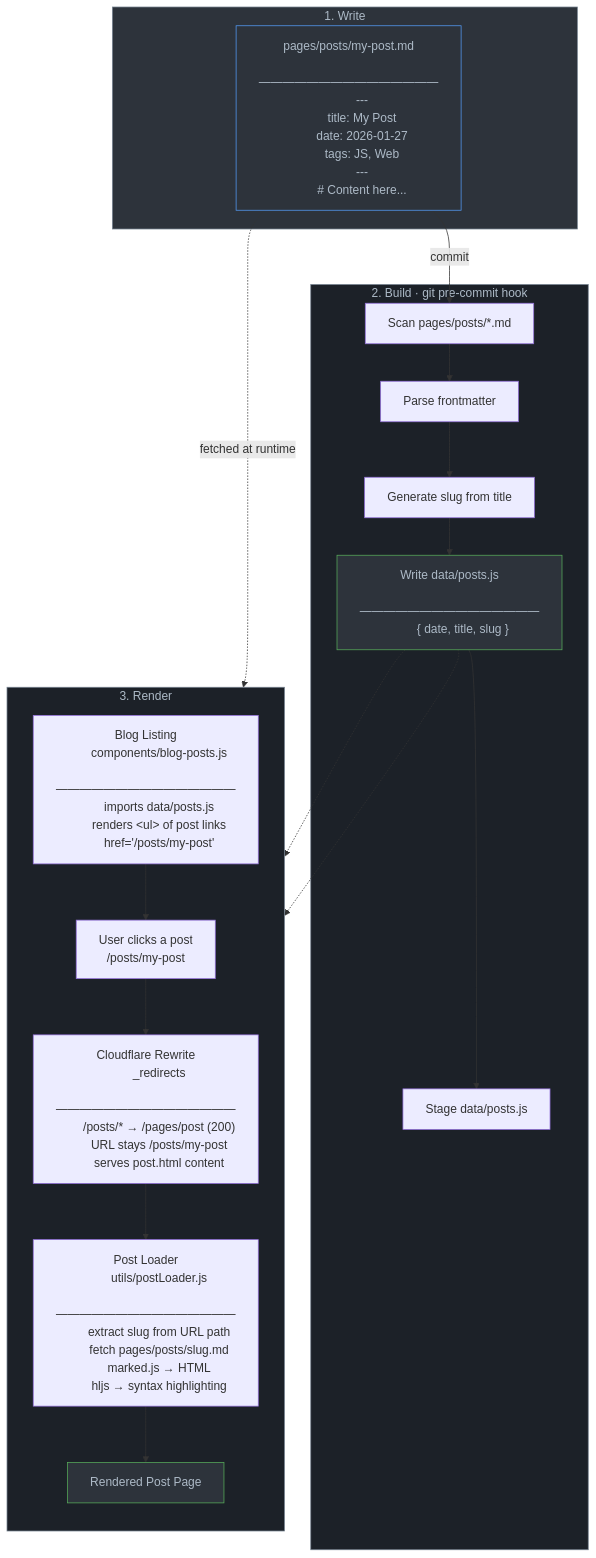
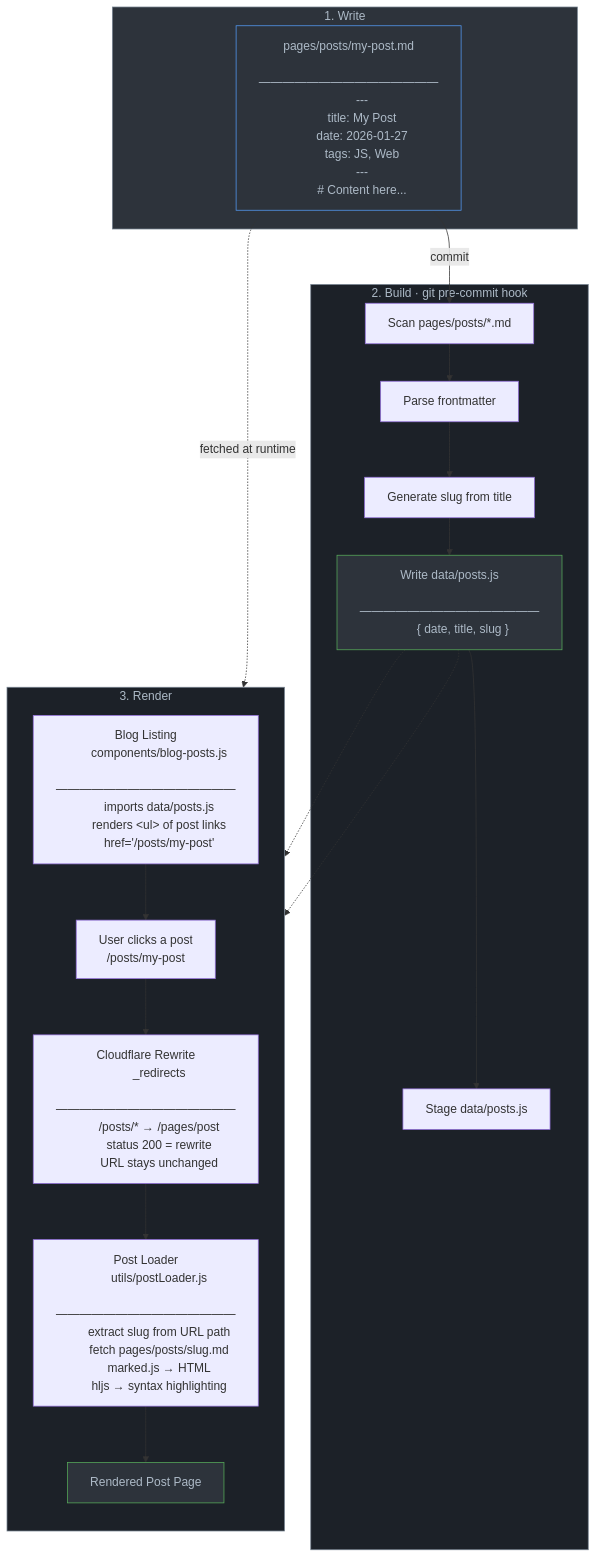
One commit to lylaminju/personal-website changed the diagram in README.md. Above: the diagram before and after it, drawn with Mermaid.

Commit message:
docs: fix mermaid text truncation in diagram

````diff
--- a/README.md
+++ b/README.md
@@ -12,68 +12,68 @@
 ```mermaid
 flowchart TB
     subgraph Write["1. Write"]
         md["pages/posts/my-post.md
         ―――――――――――――――
         ---
         title: My Post
         date: 2026-01-27
         tags: JS, Web
         ---
         # Content here..."]
     end
 
     subgraph Build["2. Build · git pre-commit hook"]
         scan[Scan pages/posts/*.md]
         parse[Parse frontmatter]
         slug[Generate slug from title]
         write["Write data/posts.js
         ―――――――――――――――
         { date, title, slug }"]
         stage[Stage data/posts.js]
         scan --> parse --> slug --> write --> stage
     end
 
     subgraph Render["3. Render"]
         direction TB
         list["Blog Listing
         components/blog-posts.js
         ―――――――――――――――
         imports data/posts.js
         renders &lt;ul&gt; of post links
         href='/posts/my-post'"]
 
         click_["User clicks a post
         /posts/my-post"]
 
         rewrite["Cloudflare Rewrite
         _redirects
         ―――――――――――――――
-        /posts/* → /pages/post (200)
-        URL stays /posts/my-post
-        serves post.html content"]
+        /posts/* → /pages/post
+        status 200 = rewrite
+        URL stays unchanged"]
 
         loader["Post Loader
         utils/postLoader.js
         ―――――――――――――――
         extract slug from URL path
         fetch pages/posts/slug.md
         marked.js → HTML
         hljs → syntax highlighting"]
 
         page["Rendered Post Page"]
 
         list --> click_ --> rewrite --> loader --> page
     end
 
     md -->|commit| scan
     write -.-> list
     write -.-> loader
     md -.->|fetched at runtime| loader
 
     style Write fill:#2d333b,stroke:#768390,color:#adbac7
     style Build fill:#1c2128,stroke:#768390,color:#adbac7
     style Render fill:#1c2128,stroke:#768390,color:#adbac7
     style md fill:#2d333b,stroke:#539bf5,color:#adbac7
     style write fill:#2d333b,stroke:#57ab5a,color:#adbac7
     style page fill:#2d333b,stroke:#57ab5a,color:#adbac7
 ```
````
